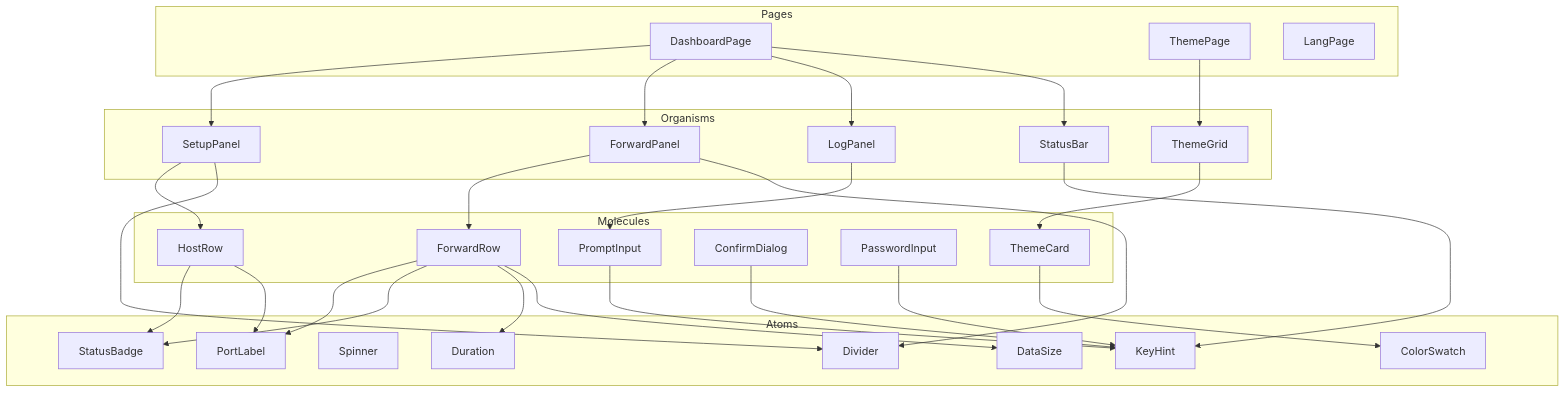
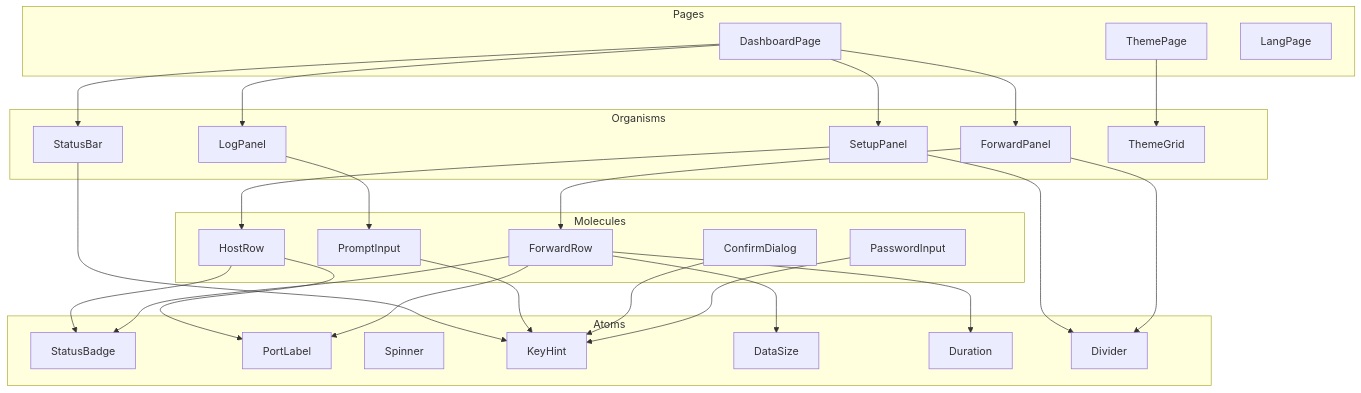
One commit to ousiassllc/MolePort changed the seventh of 20 diagrams in docs/architecture/overview.md. Above: the diagram before and after it, drawn with Mermaid. The commit also changed other lines of this file and 1 other file, not shown here.

````diff
--- a/docs/architecture/overview.md
+++ b/docs/architecture/overview.md
@@ -296,62 +298,58 @@
 ```mermaid
 graph TD
     subgraph Pages
         Dashboard["DashboardPage"]
         ThemePage["ThemePage"]
         LangPage["LangPage"]
     end
 
     subgraph Organisms
         SP["SetupPanel"]
         FP["ForwardPanel"]
         LP["LogPanel"]
         SB["StatusBar"]
         TG["ThemeGrid"]
     end
 
     subgraph Molecules
         HR["HostRow"]
         FR["ForwardRow"]
         PI["PromptInput"]
         CD["ConfirmDialog"]
         PW["PasswordInput"]
-        TC["ThemeCard"]
     end
 
     subgraph Atoms
         Badge["StatusBadge"]
         Port["PortLabel"]
         Spin["Spinner"]
         Key["KeyHint"]
         DS["DataSize"]
         Dur["Duration"]
         Div["Divider"]
-        CS["ColorSwatch"]
     end
 
     Dashboard --> SP
     Dashboard --> FP
     Dashboard --> LP
     Dashboard --> SB
 
     ThemePage --> TG
-    TG --> TC
-    TC --> CS
 
     SP --> HR
     SP --> Div
     FP --> FR
     FP --> Div
     LP --> PI
     SB --> Key
 
     HR --> Badge
     HR --> Port
     FR --> Port
     FR --> Badge
     FR --> Dur
     FR --> DS
     PI --> Key
     CD --> Key
     PW --> Key
 ```
````
